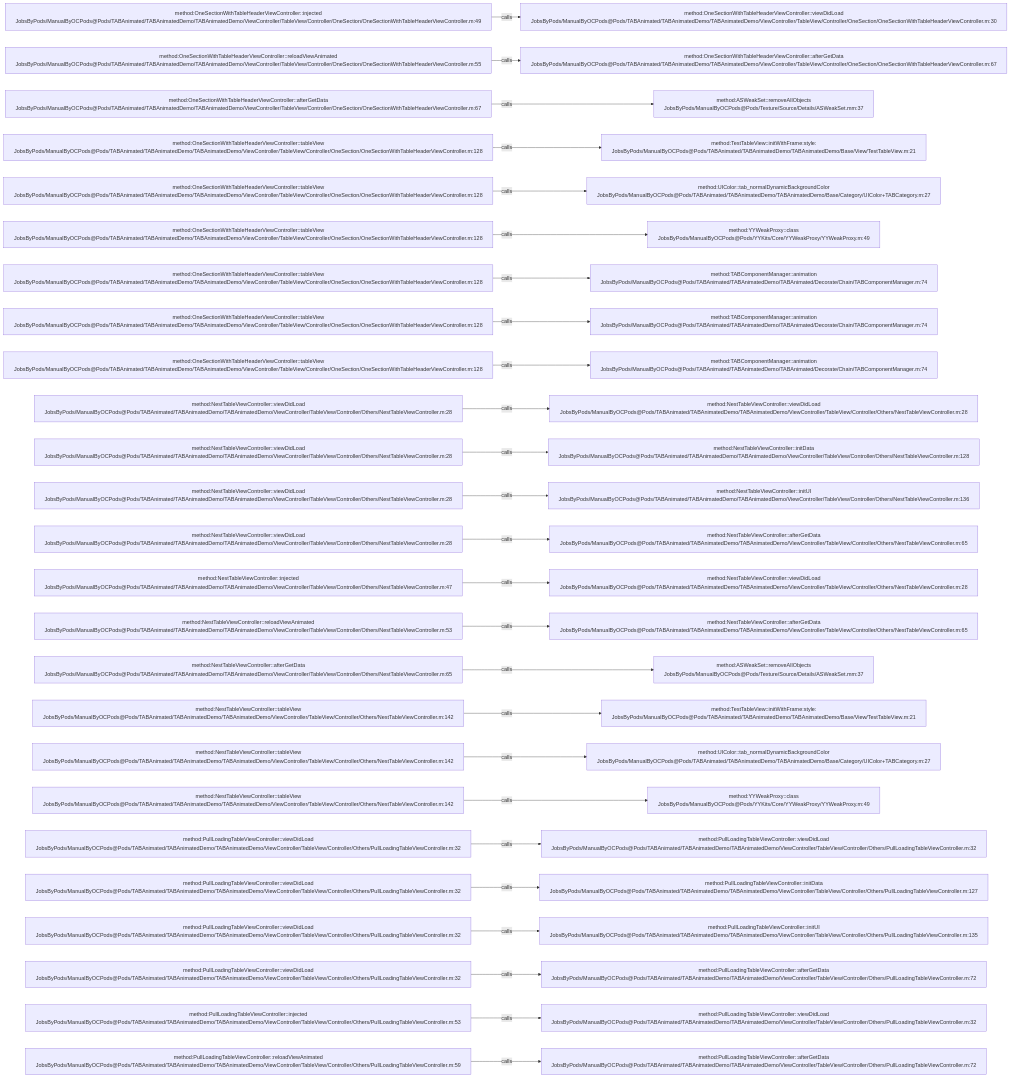
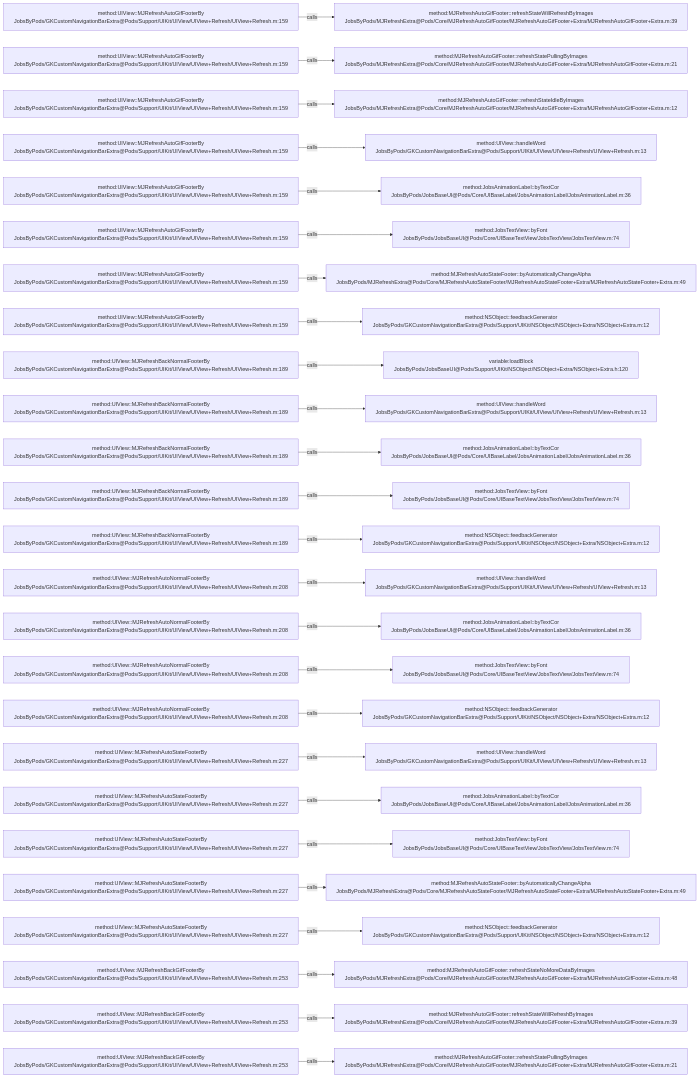
One commit to JobsKits/JobsOCBaseConfigDemo changed the diagram in .codegraph/codegraph.md/graphs/calls-044.md. Above: the diagram before and after it, drawn with Mermaid. The commit also changed 768 other files, not shown here.

````diff
--- a/.codegraph/codegraph.md/graphs/calls-044.md
+++ b/.codegraph/codegraph.md/graphs/calls-044.md
@@ -13,78 +13,78 @@
 ```mermaid
 flowchart LR
-  S1["method:OneSectionWithTableHeaderViewController::injected<br/>JobsByPods/ManualByOCPods@Pods/TABAnimated/TABAnimatedDemo/TABAnimatedDemo/ViewController/TableView/Controller/OneSection/OneSectionWithTableHeaderViewController.m:49"]
-  T1["method:OneSectionWithTableHeaderViewController::viewDidLoad<br/>JobsByPods/ManualByOCPods@Pods/TABAnimated/TABAnimatedDemo/TABAnimatedDemo/ViewController/TableView/Controller/OneSection/OneSectionWithTableHeaderViewController.m:30"]
+  S1["method:UIView::MJRefreshAutoGifFooterBy<br/>JobsByPods/GKCustomNavigationBarExtra@Pods/Support/UIKit/UIView/UIView+Refresh/UIView+Refresh.m:159"]
+  T1["method:MJRefreshAutoGifFooter::refreshStateWillRefreshByImages<br/>JobsByPods/MJRefreshExtra@Pods/Core/MJRefreshAutoGifFooter/MJRefreshAutoGifFooter+Extra/MJRefreshAutoGifFooter+Extra.m:39"]
   S1 -->|calls| T1
-  S2["method:OneSectionWithTableHeaderViewController::reloadViewAnimated<br/>JobsByPods/ManualByOCPods@Pods/TABAnimated/TABAnimatedDemo/TABAnimatedDemo/ViewController/TableView/Controller/OneSection/OneSectionWithTableHeaderViewController.m:55"]
-  T2["method:OneSectionWithTableHeaderViewController::afterGetData<br/>JobsByPods/ManualByOCPods@Pods/TABAnimated/TABAnimatedDemo/TABAnimatedDemo/ViewController/TableView/Controller/OneSection/OneSectionWithTableHeaderViewController.m:67"]
+  S2["method:UIView::MJRefreshAutoGifFooterBy<br/>JobsByPods/GKCustomNavigationBarExtra@Pods/Support/UIKit/UIView/UIView+Refresh/UIView+Refresh.m:159"]
+  T2["method:MJRefreshAutoGifFooter::refreshStatePullingByImages<br/>JobsByPods/MJRefreshExtra@Pods/Core/MJRefreshAutoGifFooter/MJRefreshAutoGifFooter+Extra/MJRefreshAutoGifFooter+Extra.m:21"]
   S2 -->|calls| T2
-  S3["method:OneSectionWithTableHeaderViewController::afterGetData<br/>JobsByPods/ManualByOCPods@Pods/TABAnimated/TABAnimatedDemo/TABAnimatedDemo/ViewController/TableView/Controller/OneSection/OneSectionWithTableHeaderViewController.m:67"]
-  T3["method:ASWeakSet::removeAllObjects<br/>JobsByPods/ManualByOCPods@Pods/Texture/Source/Details/ASWeakSet.mm:37"]
+  S3["method:UIView::MJRefreshAutoGifFooterBy<br/>JobsByPods/GKCustomNavigationBarExtra@Pods/Support/UIKit/UIView/UIView+Refresh/UIView+Refresh.m:159"]
+  T3["method:MJRefreshAutoGifFooter::refreshStateIdleByImages<br/>JobsByPods/MJRefreshExtra@Pods/Core/MJRefreshAutoGifFooter/MJRefreshAutoGifFooter+Extra/MJRefreshAutoGifFooter+Extra.m:12"]
   S3 -->|calls| T3
-  S4["method:OneSectionWithTableHeaderViewController::tableView<br/>JobsByPods/ManualByOCPods@Pods/TABAnimated/TABAnimatedDemo/TABAnimatedDemo/ViewController/TableView/Controller/OneSection/OneSectionWithTableHeaderViewController.m:128"]
-  T4["method:TestTableView::initWithFrame:style:<br/>JobsByPods/ManualByOCPods@Pods/TABAnimated/TABAnimatedDemo/TABAnimatedDemo/Base/View/TestTableView.m:21"]
+  S4["method:UIView::MJRefreshAutoGifFooterBy<br/>JobsByPods/GKCustomNavigationBarExtra@Pods/Support/UIKit/UIView/UIView+Refresh/UIView+Refresh.m:159"]
+  T4["method:UIView::handleWord<br/>JobsByPods/GKCustomNavigationBarExtra@Pods/Support/UIKit/UIView/UIView+Refresh/UIView+Refresh.m:13"]
   S4 -->|calls| T4
-  S5["method:OneSectionWithTableHeaderViewController::tableView<br/>JobsByPods/ManualByOCPods@Pods/TABAnimated/TABAnimatedDemo/TABAnimatedDemo/ViewController/TableView/Controller/OneSection/OneSectionWithTableHeaderViewController.m:128"]
-  T5["method:UIColor::tab_normalDynamicBackgroundColor<br/>JobsByPods/ManualByOCPods@Pods/TABAnimated/TABAnimatedDemo/TABAnimatedDemo/Base/Category/UIColor+TABCategory.m:27"]
+  S5["method:UIView::MJRefreshAutoGifFooterBy<br/>JobsByPods/GKCustomNavigationBarExtra@Pods/Support/UIKit/UIView/UIView+Refresh/UIView+Refresh.m:159"]
+  T5["method:JobsAnimationLabel::byTextCor<br/>JobsByPods/JobsBaseUI@Pods/Core/UIBaseLabel/JobsAnimationLabel/JobsAnimationLabel.m:36"]
   S5 -->|calls| T5
-  S6["method:OneSectionWithTableHeaderViewController::tableView<br/>JobsByPods/ManualByOCPods@Pods/TABAnimated/TABAnimatedDemo/TABAnimatedDemo/ViewController/TableView/Controller/OneSection/OneSectionWithTableHeaderViewController.m:128"]
-  T6["method:YYWeakProxy::class<br/>JobsByPods/ManualByOCPods@Pods/YYKits/Core/YYWeakProxy/YYWeakProxy.m:49"]
+  S6["method:UIView::MJRefreshAutoGifFooterBy<br/>JobsByPods/GKCustomNavigationBarExtra@Pods/Support/UIKit/UIView/UIView+Refresh/UIView+Refresh.m:159"]
+  T6["method:JobsTextView::byFont<br/>JobsByPods/JobsBaseUI@Pods/Core/UIBaseTextView/JobsTextView/JobsTextView.m:74"]
   S6 -->|calls| T6
-  S7["method:OneSectionWithTableHeaderViewController::tableView<br/>JobsByPods/ManualByOCPods@Pods/TABAnimated/TABAnimatedDemo/TABAnimatedDemo/ViewController/TableView/Controller/OneSection/OneSectionWithTableHeaderViewController.m:128"]
-  T7["method:TABComponentManager::animation<br/>JobsByPods/ManualByOCPods@Pods/TABAnimated/TABAnimatedDemo/TABAnimated/Decorate/Chain/TABComponentManager.m:74"]
+  S7["method:UIView::MJRefreshAutoGifFooterBy<br/>JobsByPods/GKCustomNavigationBarExtra@Pods/Support/UIKit/UIView/UIView+Refresh/UIView+Refresh.m:159"]
+  T7["method:MJRefreshAutoStateFooter::byAutomaticallyChangeAlpha<br/>JobsByPods/MJRefreshExtra@Pods/Core/MJRefreshAutoStateFooter/MJRefreshAutoStateFooter+Extra/MJRefreshAutoStateFooter+Extra.m:49"]
   S7 -->|calls| T7
-  S8["method:OneSectionWithTableHeaderViewController::tableView<br/>JobsByPods/ManualByOCPods@Pods/TABAnimated/TABAnimatedDemo/TABAnimatedDemo/ViewController/TableView/Controller/OneSection/OneSectionWithTableHeaderViewController.m:128"]
-  T8["method:TABComponentManager::animation<br/>JobsByPods/ManualByOCPods@Pods/TABAnimated/TABAnimatedDemo/TABAnimated/Decorate/Chain/TABComponentManager.m:74"]
+  S8["method:UIView::MJRefreshAutoGifFooterBy<br/>JobsByPods/GKCustomNavigationBarExtra@Pods/Support/UIKit/UIView/UIView+Refresh/UIView+Refresh.m:159"]
+  T8["method:NSObject::feedbackGenerator<br/>JobsByPods/GKCustomNavigationBarExtra@Pods/Support/UIKit/NSObject/NSObject+Extra/NSObject+Extra.m:12"]
   S8 -->|calls| T8
-  S9["method:OneSectionWithTableHeaderViewController::tableView<br/>JobsByPods/ManualByOCPods@Pods/TABAnimated/TABAnimatedDemo/TABAnimatedDemo/ViewController/TableView/Controller/OneSection/OneSectionWithTableHeaderViewController.m:128"]
-  T9["method:TABComponentManager::animation<br/>JobsByPods/ManualByOCPods@Pods/TABAnimated/TABAnimatedDemo/TABAnimated/Decorate/Chain/TABComponentManager.m:74"]
+  S9["method:UIView::MJRefreshBackNormalFooterBy<br/>JobsByPods/GKCustomNavigationBarExtra@Pods/Support/UIKit/UIView/UIView+Refresh/UIView+Refresh.m:189"]
+  T9["variable:loadBlock<br/>JobsByPods/JobsBaseUI@Pods/Support/UIKit/NSObject/NSObject+Extra/NSObject+Extra.h:120"]
   S9 -->|calls| T9
-  S10["method:NestTableViewController::viewDidLoad<br/>JobsByPods/ManualByOCPods@Pods/TABAnimated/TABAnimatedDemo/TABAnimatedDemo/ViewController/TableView/Controller/Others/NestTableViewController.m:28"]
-  T10["method:NestTableViewController::viewDidLoad<br/>JobsByPods/ManualByOCPods@Pods/TABAnimated/TABAnimatedDemo/TABAnimatedDemo/ViewController/TableView/Controller/Others/NestTableViewController.m:28"]
+  S10["method:UIView::MJRefreshBackNormalFooterBy<br/>JobsByPods/GKCustomNavigationBarExtra@Pods/Support/UIKit/UIView/UIView+Refresh/UIView+Refresh.m:189"]
+  T10["method:UIView::handleWord<br/>JobsByPods/GKCustomNavigationBarExtra@Pods/Support/UIKit/UIView/UIView+Refresh/UIView+Refresh.m:13"]
   S10 -->|calls| T10
-  S11["method:NestTableViewController::viewDidLoad<br/>JobsByPods/ManualByOCPods@Pods/TABAnimated/TABAnimatedDemo/TABAnimatedDemo/ViewController/TableView/Controller/Others/NestTableViewController.m:28"]
-  T11["method:NestTableViewController::initData<br/>JobsByPods/ManualByOCPods@Pods/TABAnimated/TABAnimatedDemo/TABAnimatedDemo/ViewController/TableView/Controller/Others/NestTableViewController.m:128"]
+  S11["method:UIView::MJRefreshBackNormalFooterBy<br/>JobsByPods/GKCustomNavigationBarExtra@Pods/Support/UIKit/UIView/UIView+Refresh/UIView+Refresh.m:189"]
+  T11["method:JobsAnimationLabel::byTextCor<br/>JobsByPods/JobsBaseUI@Pods/Core/UIBaseLabel/JobsAnimationLabel/JobsAnimationLabel.m:36"]
   S11 -->|calls| T11
-  S12["method:NestTableViewController::viewDidLoad<br/>JobsByPods/ManualByOCPods@Pods/TABAnimated/TABAnimatedDemo/TABAnimatedDemo/ViewController/TableView/Controller/Others/NestTableViewController.m:28"]
-  T12["method:NestTableViewController::initUI<br/>JobsByPods/ManualByOCPods@Pods/TABAnimated/TABAnimatedDemo/TABAnimatedDemo/ViewController/TableView/Controller/Others/NestTableViewController.m:136"]
+  S12["method:UIView::MJRefreshBackNormalFooterBy<br/>JobsByPods/GKCustomNavigationBarExtra@Pods/Support/UIKit/UIView/UIView+Refresh/UIView+Refresh.m:189"]
+  T12["method:JobsTextView::byFont<br/>JobsByPods/JobsBaseUI@Pods/Core/UIBaseTextView/JobsTextView/JobsTextView.m:74"]
   S12 -->|calls| T12
-  S13["method:NestTableViewController::viewDidLoad<br/>JobsByPods/ManualByOCPods@Pods/TABAnimated/TABAnimatedDemo/TABAnimatedDemo/ViewController/TableView/Controller/Others/NestTableViewController.m:28"]
-  T13["method:NestTableViewController::afterGetData<br/>JobsByPods/ManualByOCPods@Pods/TABAnimated/TABAnimatedDemo/TABAnimatedDemo/ViewController/TableView/Controller/Others/NestTableViewController.m:65"]
+  S13["method:UIView::MJRefreshBackNormalFooterBy<br/>JobsByPods/GKCustomNavigationBarExtra@Pods/Support/UIKit/UIView/UIView+Refresh/UIView+Refresh.m:189"]
+  T13["method:NSObject::feedbackGenerator<br/>JobsByPods/GKCustomNavigationBarExtra@Pods/Support/UIKit/NSObject/NSObject+Extra/NSObject+Extra.m:12"]
   S13 -->|calls| T13
-  S14["method:NestTableViewController::injected<br/>JobsByPods/ManualByOCPods@Pods/TABAnimated/TABAnimatedDemo/TABAnimatedDemo/ViewController/TableView/Controller/Others/NestTableViewController.m:47"]
-  T14["method:NestTableViewController::viewDidLoad<br/>JobsByPods/ManualByOCPods@Pods/TABAnimated/TABAnimatedDemo/TABAnimatedDemo/ViewController/TableView/Controller/Others/NestTableViewController.m:28"]
+  S14["method:UIView::MJRefreshAutoNormalFooterBy<br/>JobsByPods/GKCustomNavigationBarExtra@Pods/Support/UIKit/UIView/UIView+Refresh/UIView+Refresh.m:208"]
+  T14["method:UIView::handleWord<br/>JobsByPods/GKCustomNavigationBarExtra@Pods/Support/UIKit/UIView/UIView+Refresh/UIView+Refresh.m:13"]
   S14 -->|calls| T14
-  S15["method:NestTableViewController::reloadViewAnimated<br/>JobsByPods/ManualByOCPods@Pods/TABAnimated/TABAnimatedDemo/TABAnimatedDemo/ViewController/TableView/Controller/Others/NestTableViewController.m:53"]
-  T15["method:NestTableViewController::afterGetData<br/>JobsByPods/ManualByOCPods@Pods/TABAnimated/TABAnimatedDemo/TABAnimatedDemo/ViewController/TableView/Controller/Others/NestTableViewController.m:65"]
+  S15["method:UIView::MJRefreshAutoNormalFooterBy<br/>JobsByPods/GKCustomNavigationBarExtra@Pods/Support/UIKit/UIView/UIView+Refresh/UIView+Refresh.m:208"]
+  T15["method:JobsAnimationLabel::byTextCor<br/>JobsByPods/JobsBaseUI@Pods/Core/UIBaseLabel/JobsAnimationLabel/JobsAnimationLabel.m:36"]
   S15 -->|calls| T15
-  S16["method:NestTableViewController::afterGetData<br/>JobsByPods/ManualByOCPods@Pods/TABAnimated/TABAnimatedDemo/TABAnimatedDemo/ViewController/TableView/Controller/Others/NestTableViewController.m:65"]
-  T16["method:ASWeakSet::removeAllObjects<br/>JobsByPods/ManualByOCPods@Pods/Texture/Source/Details/ASWeakSet.mm:37"]
+  S16["method:UIView::MJRefreshAutoNormalFooterBy<br/>JobsByPods/GKCustomNavigationBarExtra@Pods/Support/UIKit/UIView/UIView+Refresh/UIView+Refresh.m:208"]
+  T16["method:JobsTextView::byFont<br/>JobsByPods/JobsBaseUI@Pods/Core/UIBaseTextView/JobsTextView/JobsTextView.m:74"]
   S16 -->|calls| T16
-  S17["method:NestTableViewController::tableView<br/>JobsByPods/ManualByOCPods@Pods/TABAnimated/TABAnimatedDemo/TABAnimatedDemo/ViewController/TableView/Controller/Others/NestTableViewController.m:142"]
-  T17["method:TestTableView::initWithFrame:style:<br/>JobsByPods/ManualByOCPods@Pods/TABAnimated/TABAnimatedDemo/TABAnimatedDemo/Base/View/TestTableView.m:21"]
+  S17["method:UIView::MJRefreshAutoNormalFooterBy<br/>JobsByPods/GKCustomNavigationBarExtra@Pods/Support/UIKit/UIView/UIView+Refresh/UIView+Refresh.m:208"]
+  T17["method:NSObject::feedbackGenerator<br/>JobsByPods/GKCustomNavigationBarExtra@Pods/Support/UIKit/NSObject/NSObject+Extra/NSObject+Extra.m:12"]
   S17 -->|calls| T17
-  S18["method:NestTableViewController::tableView<br/>JobsByPods/ManualByOCPods@Pods/TABAnimated/TABAnimatedDemo/TABAnimatedDemo/ViewController/TableView/Controller/Others/NestTableViewController.m:142"]
-  T18["method:UIColor::tab_normalDynamicBackgroundColor<br/>JobsByPods/ManualByOCPods@Pods/TABAnimated/TABAnimatedDemo/TABAnimatedDemo/Base/Category/UIColor+TABCategory.m:27"]
+  S18["method:UIView::MJRefreshAutoStateFooterBy<br/>JobsByPods/GKCustomNavigationBarExtra@Pods/Support/UIKit/UIView/UIView+Refresh/UIView+Refresh.m:227"]
+  T18["method:UIView::handleWord<br/>JobsByPods/GKCustomNavigationBarExtra@Pods/Support/UIKit/UIView/UIView+Refresh/UIView+Refresh.m:13"]
   S18 -->|calls| T18
-  S19["method:NestTableViewController::tableView<br/>JobsByPods/ManualByOCPods@Pods/TABAnimated/TABAnimatedDemo/TABAnimatedDemo/ViewController/TableView/Controller/Others/NestTableViewController.m:142"]
-  T19["method:YYWeakProxy::class<br/>JobsByPods/ManualByOCPods@Pods/YYKits/Core/YYWeakProxy/YYWeakProxy.m:49"]
+  S19["method:UIView::MJRefreshAutoStateFooterBy<br/>JobsByPods/GKCustomNavigationBarExtra@Pods/Support/UIKit/UIView/UIView+Refresh/UIView+Refresh.m:227"]
+  T19["method:JobsAnimationLabel::byTextCor<br/>JobsByPods/JobsBaseUI@Pods/Core/UIBaseLabel/JobsAnimationLabel/JobsAnimationLabel.m:36"]
   S19 -->|calls| T19
-  S20["method:PullLoadingTableViewController::viewDidLoad<br/>JobsByPods/ManualByOCPods@Pods/TABAnimated/TABAnimatedDemo/TABAnimatedDemo/ViewController/TableView/Controller/Others/PullLoadingTableViewController.m:32"]
-  T20["method:PullLoadingTableViewController::viewDidLoad<br/>JobsByPods/ManualByOCPods@Pods/TABAnimated/TABAnimatedDemo/TABAnimatedDemo/ViewController/TableView/Controller/Others/PullLoadingTableViewController.m:32"]
+  S20["method:UIView::MJRefreshAutoStateFooterBy<br/>JobsByPods/GKCustomNavigationBarExtra@Pods/Support/UIKit/UIView/UIView+Refresh/UIView+Refresh.m:227"]
+  T20["method:JobsTextView::byFont<br/>JobsByPods/JobsBaseUI@Pods/Core/UIBaseTextView/JobsTextView/JobsTextView.m:74"]
   S20 -->|calls| T20
-  S21["method:PullLoadingTableViewController::viewDidLoad<br/>JobsByPods/ManualByOCPods@Pods/TABAnimated/TABAnimatedDemo/TABAnimatedDemo/ViewController/TableView/Controller/Others/PullLoadingTableViewController.m:32"]
-  T21["method:PullLoadingTableViewController::initData<br/>JobsByPods/ManualByOCPods@Pods/TABAnimated/TABAnimatedDemo/TABAnimatedDemo/ViewController/TableView/Controller/Others/PullLoadingTableViewController.m:127"]
+  S21["method:UIView::MJRefreshAutoStateFooterBy<br/>JobsByPods/GKCustomNavigationBarExtra@Pods/Support/UIKit/UIView/UIView+Refresh/UIView+Refresh.m:227"]
+  T21["method:MJRefreshAutoStateFooter::byAutomaticallyChangeAlpha<br/>JobsByPods/MJRefreshExtra@Pods/Core/MJRefreshAutoStateFooter/MJRefreshAutoStateFooter+Extra/MJRefreshAutoStateFooter+Extra.m:49"]
   S21 -->|calls| T21
-  S22["method:PullLoadingTableViewController::viewDidLoad<br/>JobsByPods/ManualByOCPods@Pods/TABAnimated/TABAnimatedDemo/TABAnimatedDemo/ViewController/TableView/Controller/Others/PullLoadingTableViewController.m:32"]
-  T22["method:PullLoadingTableViewController::initUI<br/>JobsByPods/ManualByOCPods@Pods/TABAnimated/TABAnimatedDemo/TABAnimatedDemo/ViewController/TableView/Controller/Others/PullLoadingTableViewController.m:135"]
+  S22["method:UIView::MJRefreshAutoStateFooterBy<br/>JobsByPods/GKCustomNavigationBarExtra@Pods/Support/UIKit/UIView/UIView+Refresh/UIView+Refresh.m:227"]
+  T22["method:NSObject::feedbackGenerator<br/>JobsByPods/GKCustomNavigationBarExtra@Pods/Support/UIKit/NSObject/NSObject+Extra/NSObject+Extra.m:12"]
   S22 -->|calls| T22
-  S23["method:PullLoadingTableViewController::viewDidLoad<br/>JobsByPods/ManualByOCPods@Pods/TABAnimated/TABAnimatedDemo/TABAnimatedDemo/ViewController/TableView/Controller/Others/PullLoadingTableViewController.m:32"]
-  T23["method:PullLoadingTableViewController::afterGetData<br/>JobsByPods/ManualByOCPods@Pods/TABAnimated/TABAnimatedDemo/TABAnimatedDemo/ViewController/TableView/Controller/Others/PullLoadingTableViewController.m:72"]
+  S23["method:UIView::MJRefreshBackGifFooterBy<br/>JobsByPods/GKCustomNavigationBarExtra@Pods/Support/UIKit/UIView/UIView+Refresh/UIView+Refresh.m:253"]
+  T23["method:MJRefreshAutoGifFooter::refreshStateNoMoreDataByImages<br/>JobsByPods/MJRefreshExtra@Pods/Core/MJRefreshAutoGifFooter/MJRefreshAutoGifFooter+Extra/MJRefreshAutoGifFooter+Extra.m:48"]
   S23 -->|calls| T23
-  S24["method:PullLoadingTableViewController::injected<br/>JobsByPods/ManualByOCPods@Pods/TABAnimated/TABAnimatedDemo/TABAnimatedDemo/ViewController/TableView/Controller/Others/PullLoadingTableViewController.m:53"]
-  T24["method:PullLoadingTableViewController::viewDidLoad<br/>JobsByPods/ManualByOCPods@Pods/TABAnimated/TABAnimatedDemo/TABAnimatedDemo/ViewController/TableView/Controller/Others/PullLoadingTableViewController.m:32"]
+  S24["method:UIView::MJRefreshBackGifFooterBy<br/>JobsByPods/GKCustomNavigationBarExtra@Pods/Support/UIKit/UIView/UIView+Refresh/UIView+Refresh.m:253"]
+  T24["method:MJRefreshAutoGifFooter::refreshStateWillRefreshByImages<br/>JobsByPods/MJRefreshExtra@Pods/Core/MJRefreshAutoGifFooter/MJRefreshAutoGifFooter+Extra/MJRefreshAutoGifFooter+Extra.m:39"]
   S24 -->|calls| T24
-  S25["method:PullLoadingTableViewController::reloadViewAnimated<br/>JobsByPods/ManualByOCPods@Pods/TABAnimated/TABAnimatedDemo/TABAnimatedDemo/ViewController/TableView/Controller/Others/PullLoadingTableViewController.m:59"]
-  T25["method:PullLoadingTableViewController::afterGetData<br/>JobsByPods/ManualByOCPods@Pods/TABAnimated/TABAnimatedDemo/TABAnimatedDemo/ViewController/TableView/Controller/Others/PullLoadingTableViewController.m:72"]
+  S25["method:UIView::MJRefreshBackGifFooterBy<br/>JobsByPods/GKCustomNavigationBarExtra@Pods/Support/UIKit/UIView/UIView+Refresh/UIView+Refresh.m:253"]
+  T25["method:MJRefreshAutoGifFooter::refreshStatePullingByImages<br/>JobsByPods/MJRefreshExtra@Pods/Core/MJRefreshAutoGifFooter/MJRefreshAutoGifFooter+Extra/MJRefreshAutoGifFooter+Extra.m:21"]
   S25 -->|calls| T25
 ```
````
